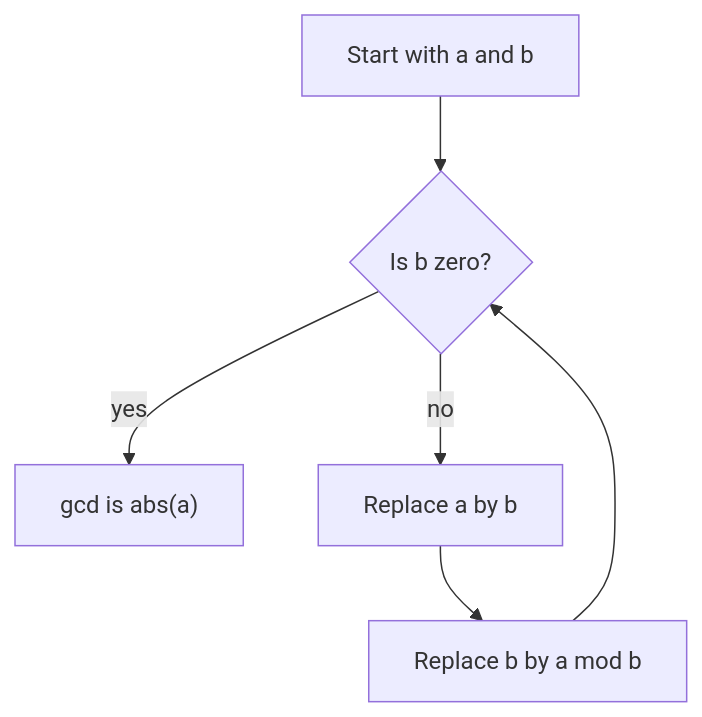
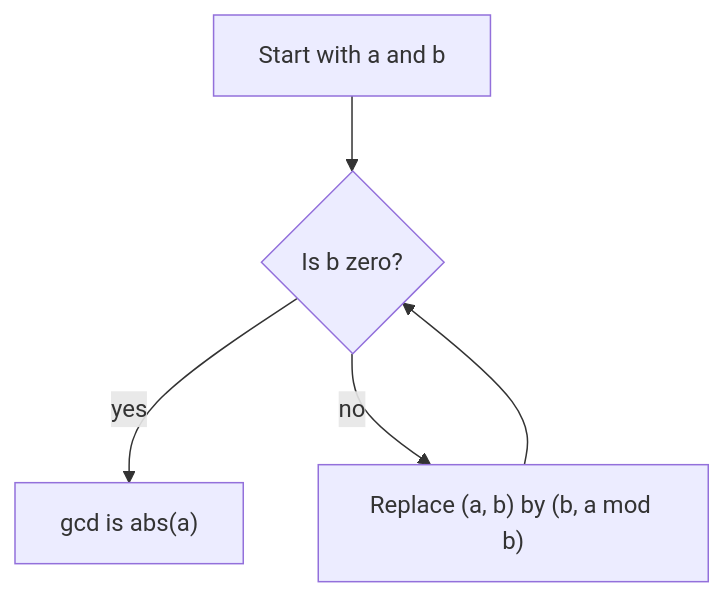
One commit to justinbrianhwang/SJ-wiki changed the diagram in docs/math/discrete/number-theory-basics.md. Above: the diagram before and after it, drawn with Mermaid. The commit also changed other lines of this file and 955 other files, not shown here.

````diff
--- a/docs/math/discrete/number-theory-basics.md
+++ b/docs/math/discrete/number-theory-basics.md
@@ -76,8 +58,7 @@
 ```mermaid
 flowchart TD
   A[Start with a and b] --> B{"Is b zero?"}
   B -->|yes| C["gcd is abs(a)"]
-  B -->|no| D[Replace a by b]
-  D --> E[Replace b by a mod b]
-  E --> B
+  B -->|no| D["Replace (a, b) by (b, a mod b)"]
+  D --> B
 ```
````
